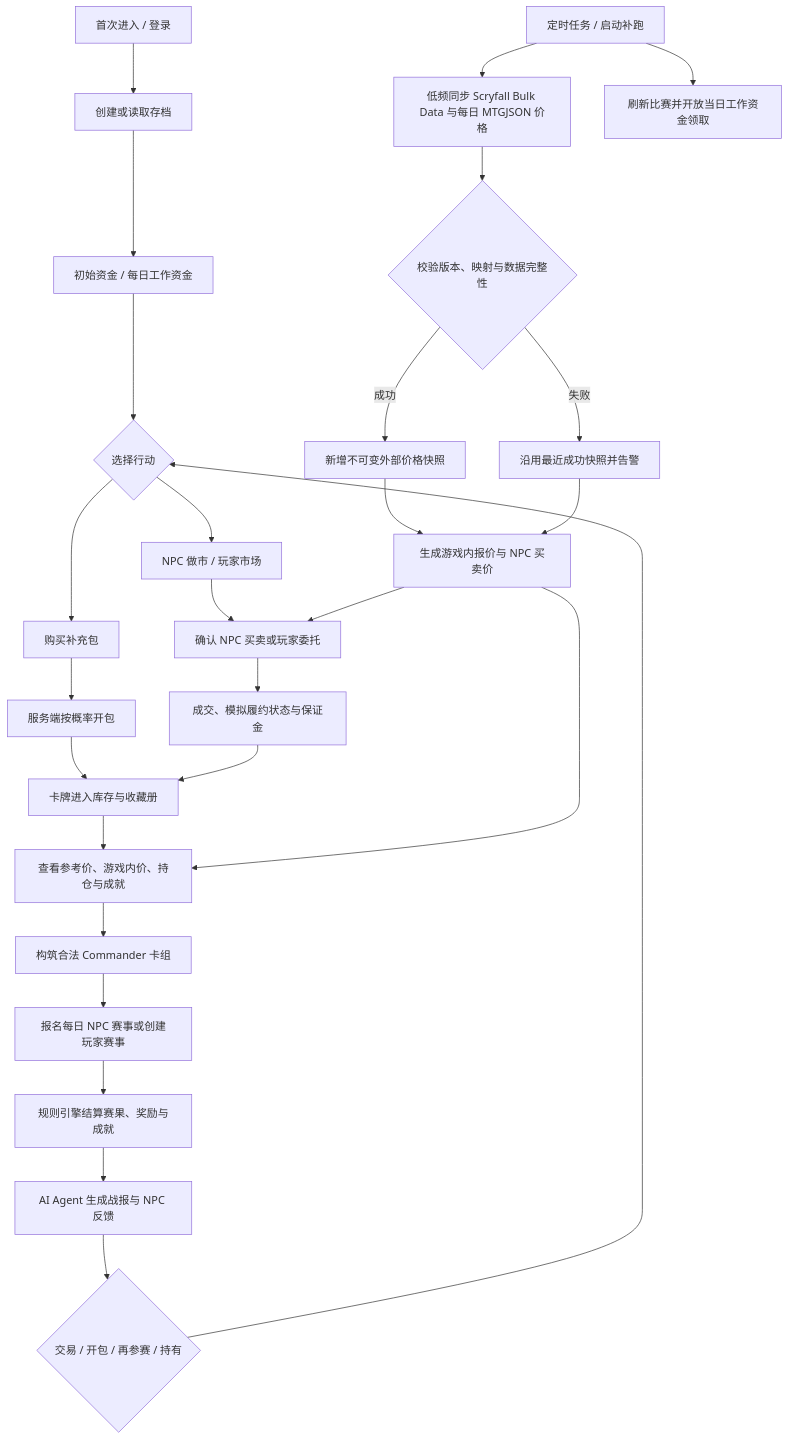
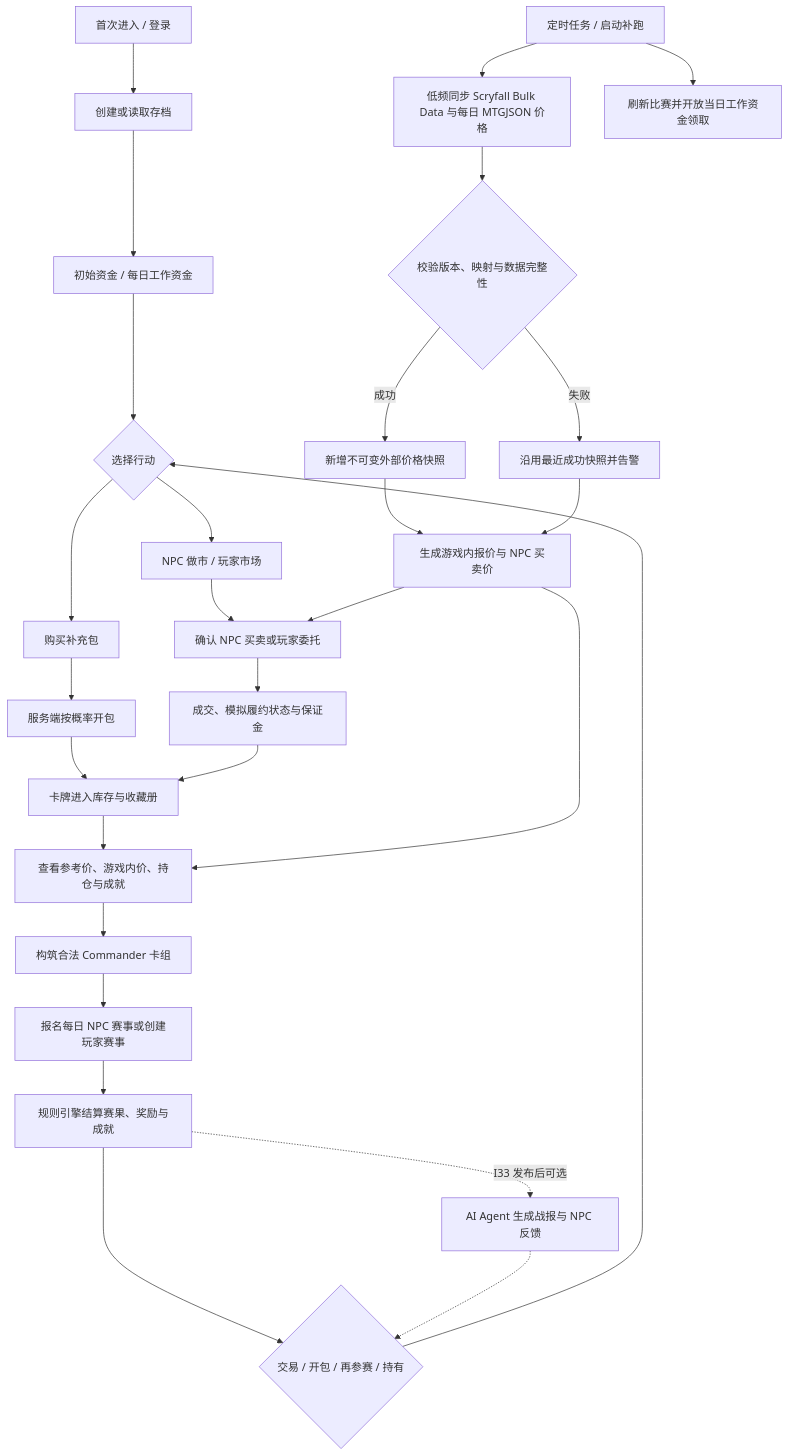
One commit to Xu-Morgen/mtgMarketSimulater changed the first of 5 diagrams in 模拟器主流程与核心验收.md. Above: the diagram before and after it, drawn with Mermaid. The commit also changed other lines of this file and 18 other files, not shown here.

````diff
--- a/模拟器主流程与核心验收.md
+++ b/模拟器主流程与核心验收.md
@@ -7,30 +7,31 @@
 ```mermaid
 flowchart TD
     A[首次进入 / 登录] --> B[创建或读取存档]
     B --> C[初始资金 / 每日工作资金]
     C --> D{选择行动}
     D --> E[购买补充包]
     D --> F[NPC 做市 / 玩家市场]
     E --> G[服务端按概率开包]
     G --> H[卡牌进入库存与收藏册]
     F --> I[确认 NPC 买卖或玩家委托]
     I --> J[成交、模拟履约状态与保证金]
     J --> H
     H --> K[查看参考价、游戏内价、持仓与成就]
     K --> L[构筑合法 Commander 卡组]
     L --> M[报名每日 NPC 赛事或创建玩家赛事]
     M --> N[规则引擎结算赛果、奖励与成就]
-    N --> O[AI Agent 生成战报与 NPC 反馈]
-    O --> P{交易 / 开包 / 再参赛 / 持有}
+    N --> P{交易 / 开包 / 再参赛 / 持有}
+    N -. I33 发布后可选 .-> O[AI Agent 生成战报与 NPC 反馈]
+    O -.-> P
     P --> D
 
     Q[定时任务 / 启动补跑] --> R[低频同步 Scryfall Bulk Data 与每日 MTGJSON 价格]
     R --> S{校验版本、映射与数据完整性}
     S -- 成功 --> T[新增不可变外部价格快照]
     S -- 失败 --> U[沿用最近成功快照并告警]
     T --> V[生成游戏内报价与 NPC 买卖价]
     U --> V
     V --> K
     V --> I
     Q --> W[刷新比赛并开放当日工作资金领取]
 ```
````
